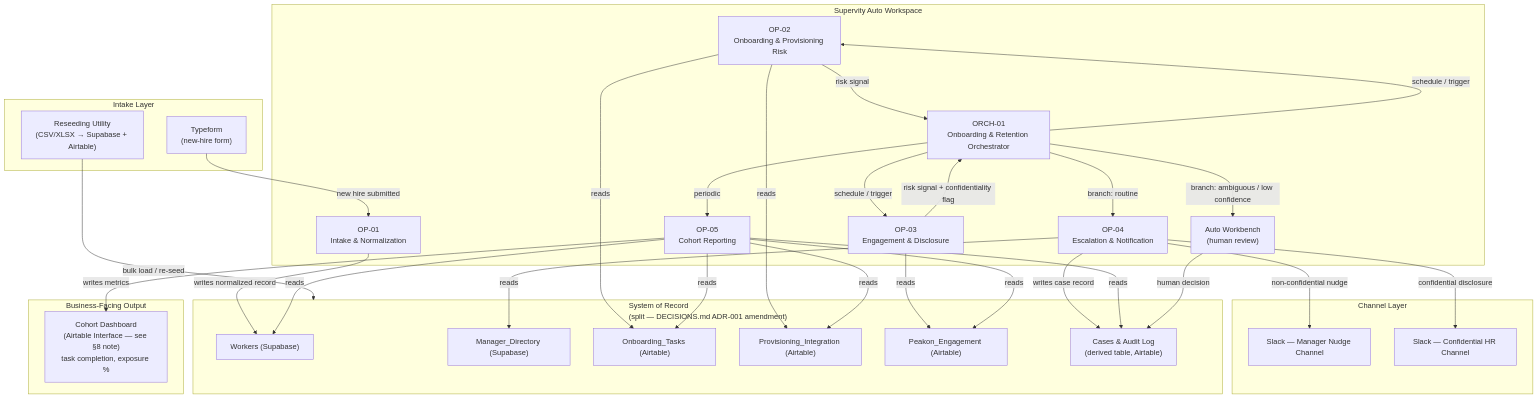
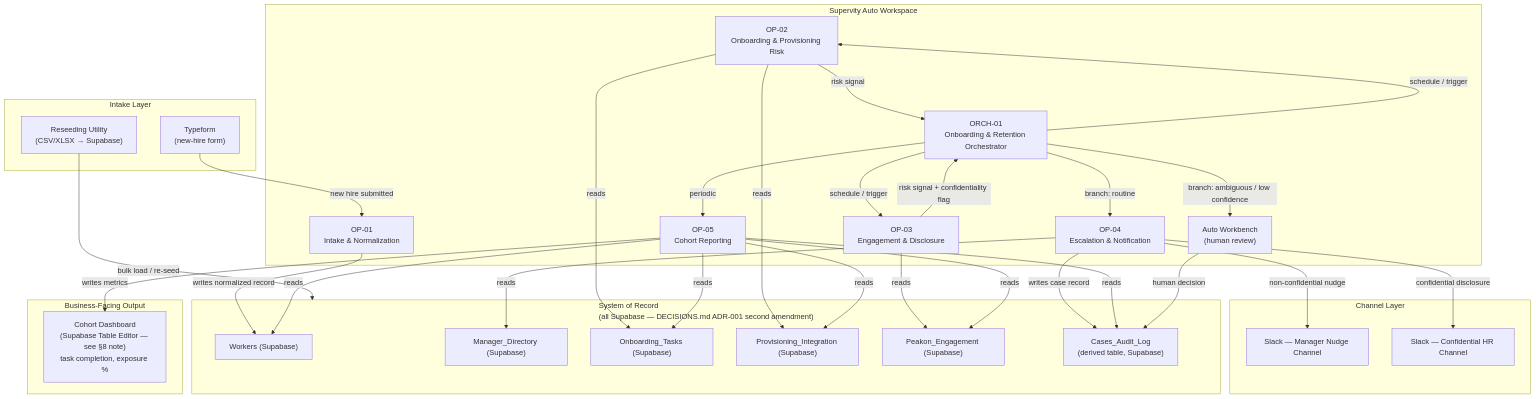
The first of 3 diagrams in docs/ARCHITECTURE.md (veinsan/supervity-ai-employee), drawn with Mermaid before and after one commit. The commit also changed other lines of this file and 11 other files, not shown here.

````diff
--- a/docs/ARCHITECTURE.md
+++ b/docs/ARCHITECTURE.md
@@ -11,56 +11,56 @@
 ```mermaid
 flowchart TB
     subgraph Intake["Intake Layer"]
         TF["Typeform<br/>(new-hire form)"]
-        SEED["Reseeding Utility<br/>(CSV/XLSX → Supabase + Airtable)"]
+        SEED["Reseeding Utility<br/>(CSV/XLSX → Supabase)"]
     end
 
-    subgraph SoR["System of Record<br/>(split — DECISIONS.md ADR-001 amendment)"]
+    subgraph SoR["System of Record<br/>(all Supabase — DECISIONS.md ADR-001 second amendment)"]
         WK["Workers (Supabase)"]
         MD["Manager_Directory (Supabase)"]
-        OT["Onboarding_Tasks (Airtable)"]
-        PI["Provisioning_Integration (Airtable)"]
-        PK["Peakon_Engagement (Airtable)"]
-        CASE["Cases & Audit Log<br/>(derived table, Airtable)"]
+        OT["Onboarding_Tasks (Supabase)"]
+        PI["Provisioning_Integration (Supabase)"]
+        PK["Peakon_Engagement (Supabase)"]
+        CASE["Cases_Audit_Log<br/>(derived table, Supabase)"]
     end
 
     subgraph Auto["Supervity Auto Workspace"]
         OP1["OP-01<br/>Intake & Normalization"]
         OP2["OP-02<br/>Onboarding & Provisioning Risk"]
         OP3["OP-03<br/>Engagement & Disclosure"]
         OP4["OP-04<br/>Escalation & Notification"]
         OP5["OP-05<br/>Cohort Reporting"]
         ORCH["ORCH-01<br/>Onboarding & Retention Orchestrator"]
         WB["Auto Workbench<br/>(human review)"]
     end
 
     subgraph Channels["Channel Layer"]
         SLM["Slack — Manager Nudge Channel"]
         SLC["Slack — Confidential HR Channel"]
     end
 
     subgraph Console["Business-Facing Output"]
-        DASH["Cohort Dashboard<br/>(Airtable Interface — see §8 note)<br/>task completion, exposure %"]
+        DASH["Cohort Dashboard<br/>(Supabase Table Editor — see §8 note)<br/>task completion, exposure %"]
     end
 
     TF -->|new hire submitted| OP1
     SEED -->|bulk load / re-seed| SoR
     OP1 -->|writes normalized record| WK
     ORCH -->|schedule / trigger| OP2
     ORCH -->|schedule / trigger| OP3
     OP2 -->|reads| OT
     OP2 -->|reads| PI
     OP3 -->|reads| PK
     OP2 -->|risk signal| ORCH
     OP3 -->|risk signal + confidentiality flag| ORCH
     ORCH -->|branch: routine| OP4
     ORCH -->|branch: ambiguous / low confidence| WB
     OP4 -->|reads| MD
     OP4 -->|non-confidential nudge| SLM
     OP4 -->|confidential disclosure| SLC
     OP4 -->|writes case record| CASE
     ORCH -->|periodic| OP5
     OP5 -->|reads| WK & OT & PI & PK & CASE
     OP5 -->|writes metrics| DASH
     WB -->|human decision| CASE
 ```
````
